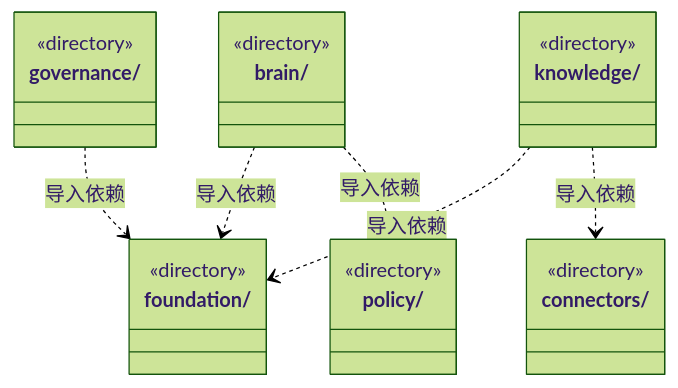
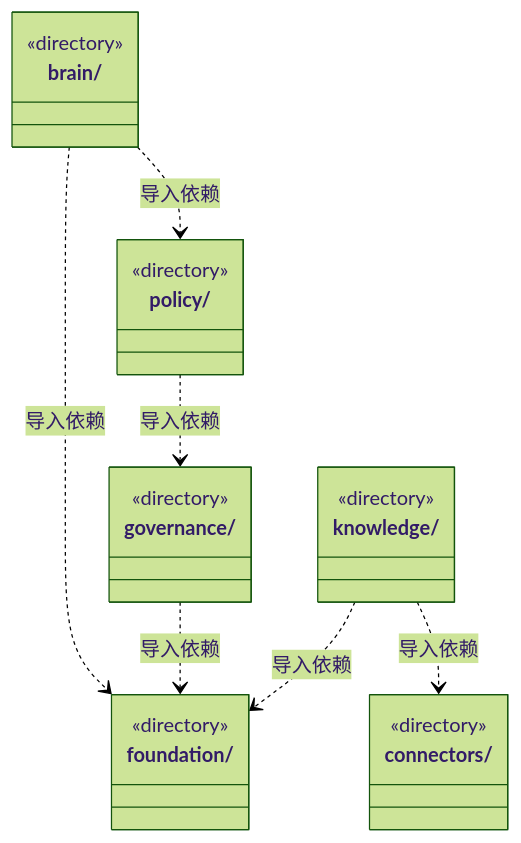
Before and after one commit to nan023062/cbim: the first of 2 diagrams in src/backend/core/ARCHITECTURE.md, drawn with Mermaid (forest theme). The commit also changed other lines of this file and 53 other files, not shown here.

````diff
--- a/src/backend/core/ARCHITECTURE.md
+++ b/src/backend/core/ARCHITECTURE.md
@@ -15,26 +15,27 @@
 ```mermaid
 classDiagram
 class N_src_backend_core_brain["brain/"] {
   <<directory>>
 }
 class N_src_backend_core_connectors["connectors/"] {
   <<directory>>
 }
 class N_src_backend_core_foundation["foundation/"] {
   <<directory>>
 }
 class N_src_backend_core_governance["governance/"] {
   <<directory>>
 }
 class N_src_backend_core_knowledge["knowledge/"] {
   <<directory>>
 }
 class N_src_backend_core_policy["policy/"] {
   <<directory>>
 }
 N_src_backend_core_brain ..> N_src_backend_core_foundation : 导入依赖
 N_src_backend_core_brain ..> N_src_backend_core_policy : 导入依赖
 N_src_backend_core_governance ..> N_src_backend_core_foundation : 导入依赖
 N_src_backend_core_knowledge ..> N_src_backend_core_foundation : 导入依赖
 N_src_backend_core_knowledge ..> N_src_backend_core_connectors : 导入依赖
+N_src_backend_core_policy ..> N_src_backend_core_governance : 导入依赖
 ```
````
